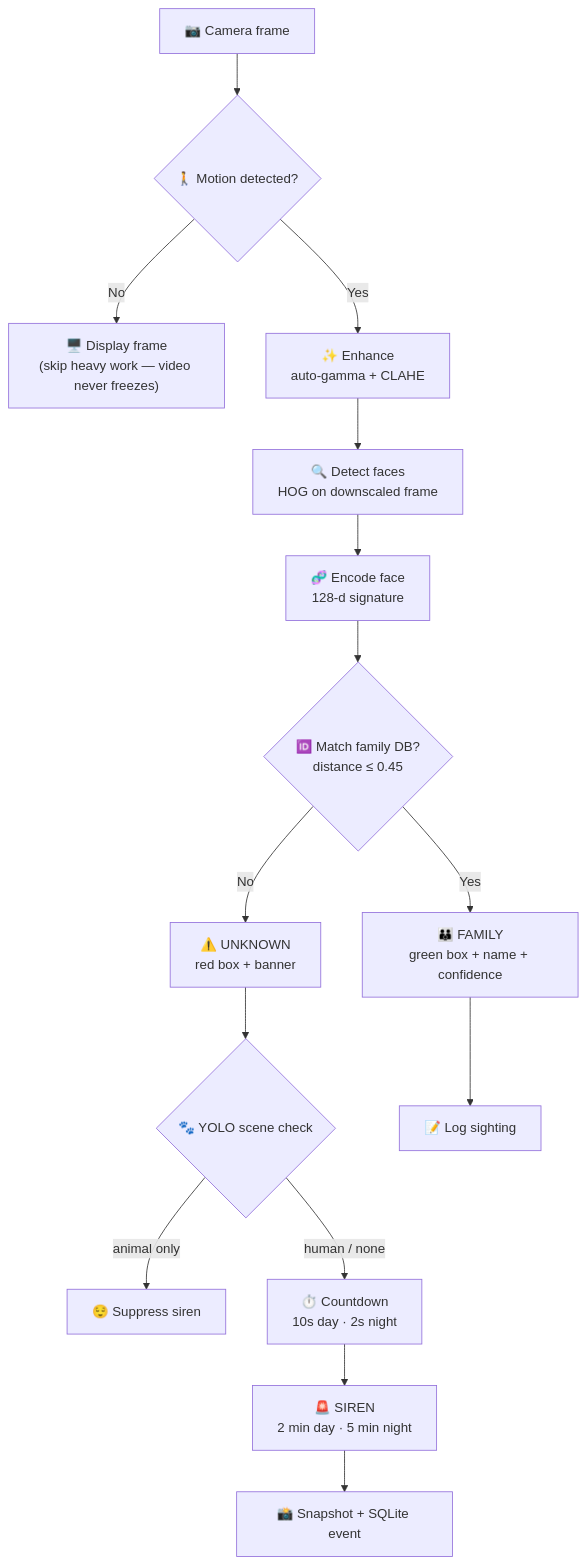
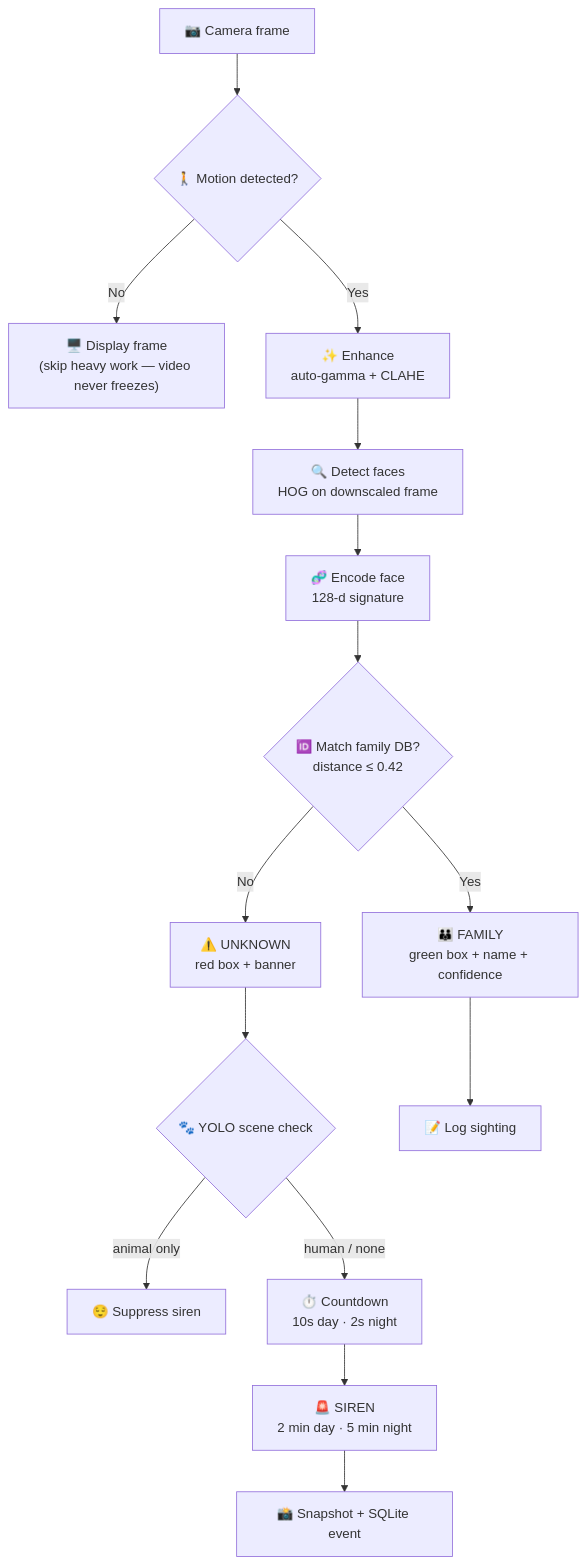
One commit to Byte-Quill/smart_cctv changed the first of 3 diagrams in README.md. Above: the diagram before and after it, drawn with Mermaid. The commit also changed other lines of this file and 6 other files, not shown here.

````diff
--- a/README.md
+++ b/README.md
@@ -77,17 +77,17 @@
 ```mermaid
 flowchart TD
     A["📷 Camera frame"] --> B{"🚶 Motion detected?"}
     B -- "No" --> Z["🖥️ Display frame<br/>(skip heavy work — video never freezes)"]
     B -- "Yes" --> C["✨ Enhance<br/>auto-gamma + CLAHE"]
     C --> D["🔍 Detect faces<br/>HOG on downscaled frame"]
     D --> E["🧬 Encode face<br/>128-d signature"]
-    E --> F{"🆔 Match family DB?<br/>distance ≤ 0.45"}
+    E --> F{"🆔 Match family DB?<br/>distance ≤ 0.42"}
     F -- "Yes" --> G["👪 FAMILY<br/>green box + name + confidence"]
     F -- "No" --> H["⚠️ UNKNOWN<br/>red box + banner"]
     H --> I{"🐾 YOLO scene check"}
     I -- "animal only" --> J["😌 Suppress siren"]
     I -- "human / none" --> K["⏱️ Countdown<br/>10s day · 2s night"]
     K --> L["🚨 SIREN<br/>2 min day · 5 min night"]
     G --> M["📝 Log sighting"]
     L --> N["📸 Snapshot + SQLite event"]
 ```
````
